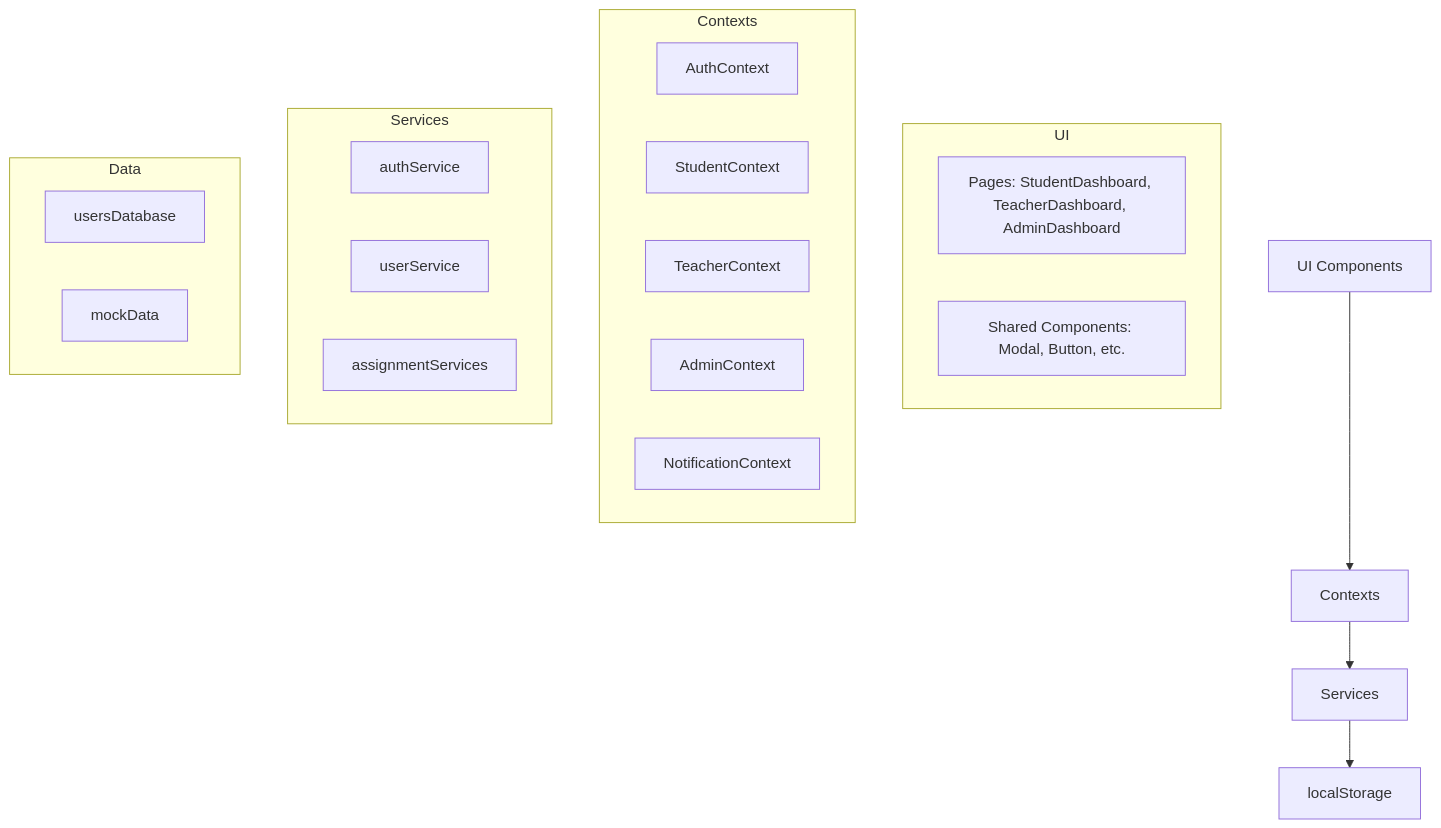
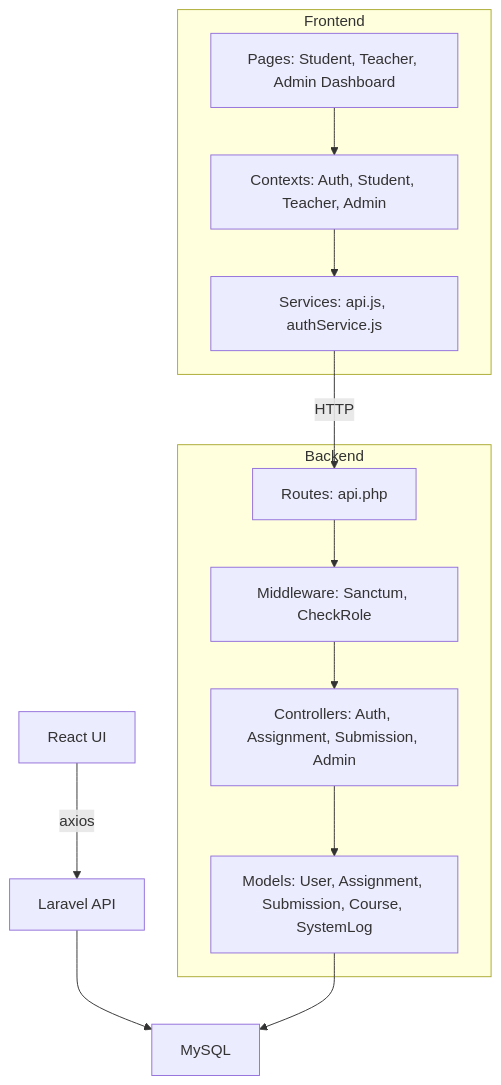
The diagram in README.md (markup-dev/college-works-control), drawn with Mermaid before and after one commit. The commit also changed other lines of this file and 4 other files, not shown here.

````diff
--- a/README.md
+++ b/README.md
@@ -114,30 +106,20 @@
 ```mermaid
 graph TD
-    A[UI Components] --> B[Contexts]
-    B --> C[Services]
-    C --> D[localStorage]
+    A[React UI] -->|axios| B[Laravel API]
+    B --> C[MySQL]
 
-    subgraph UI
-        A1[Pages: StudentDashboard, TeacherDashboard, AdminDashboard]
-        A2[Shared Components: Modal, Button, etc.]
+    subgraph Frontend
+        A1[Pages: Student, Teacher, Admin Dashboard]
+        A2[Contexts: Auth, Student, Teacher, Admin]
+        A3[Services: api.js, authService.js]
     end
 
-    subgraph Contexts
-        B1[AuthContext]
-        B2[StudentContext]
-        B3[TeacherContext]
-        B4[AdminContext]
-        B5[NotificationContext]
+    subgraph Backend
+        B1[Routes: api.php]
+        B2[Middleware: Sanctum, CheckRole]
+        B3[Controllers: Auth, Assignment, Submission, Admin]
+        B4[Models: User, Assignment, Submission, Course, SystemLog]
     end
 
-    subgraph Services
-        C1[authService]
-        C2[userService]
-        C3[assignmentServices]
-    end
-
-    subgraph Data
-        D1[usersDatabase]
-        D2[mockData]
-    end
+    A1 --> A2 --> A3 -->|HTTP| B1 --> B2 --> B3 --> B4 --> C
 ```
````
